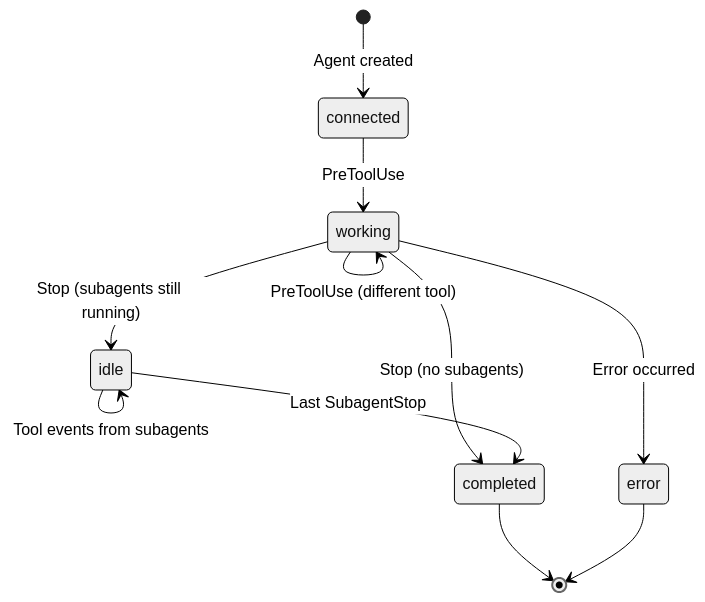
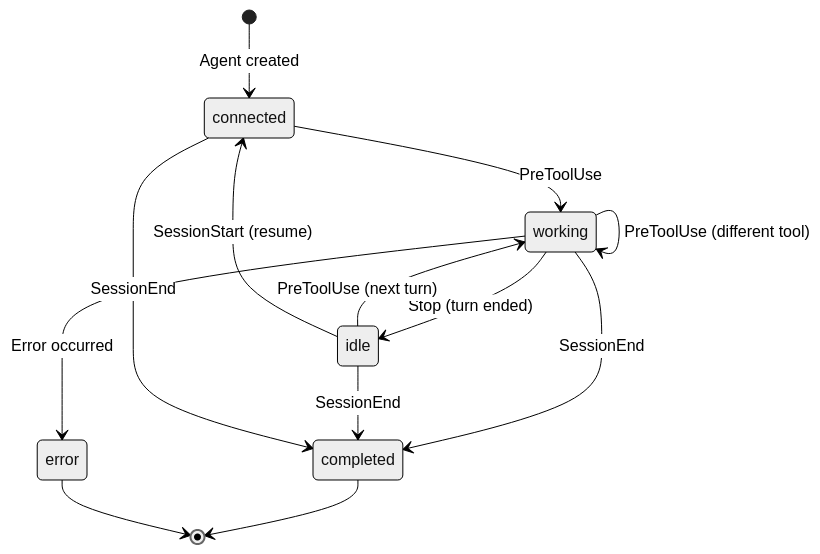
Before and after one commit to mirkanu/gsd-dashboard: the third of 11 diagrams in README.md, drawn with Mermaid (neutral theme). The commit also changed other lines of this file and 20 other files, not shown here.

First line of the commit message:
feat: update session handling and agent status on Stop events

````diff
--- a/README.md
+++ b/README.md
@@ -218,13 +220,15 @@
 ```mermaid
 stateDiagram-v2
     [*] --> connected: Agent created
     connected --> working: PreToolUse
     working --> working: PreToolUse (different tool)
-    working --> idle: Stop (subagents still running)
-    working --> completed: Stop (no subagents)
-    idle --> idle: Tool events from subagents
-    idle --> completed: Last SubagentStop
+    working --> idle: Stop (turn ended)
+    idle --> working: PreToolUse (next turn)
+    idle --> connected: SessionStart (resume)
+    working --> completed: SessionEnd
+    idle --> completed: SessionEnd
+    connected --> completed: SessionEnd
     working --> error: Error occurred
     completed --> [*]
     error --> [*]
 ```
````
